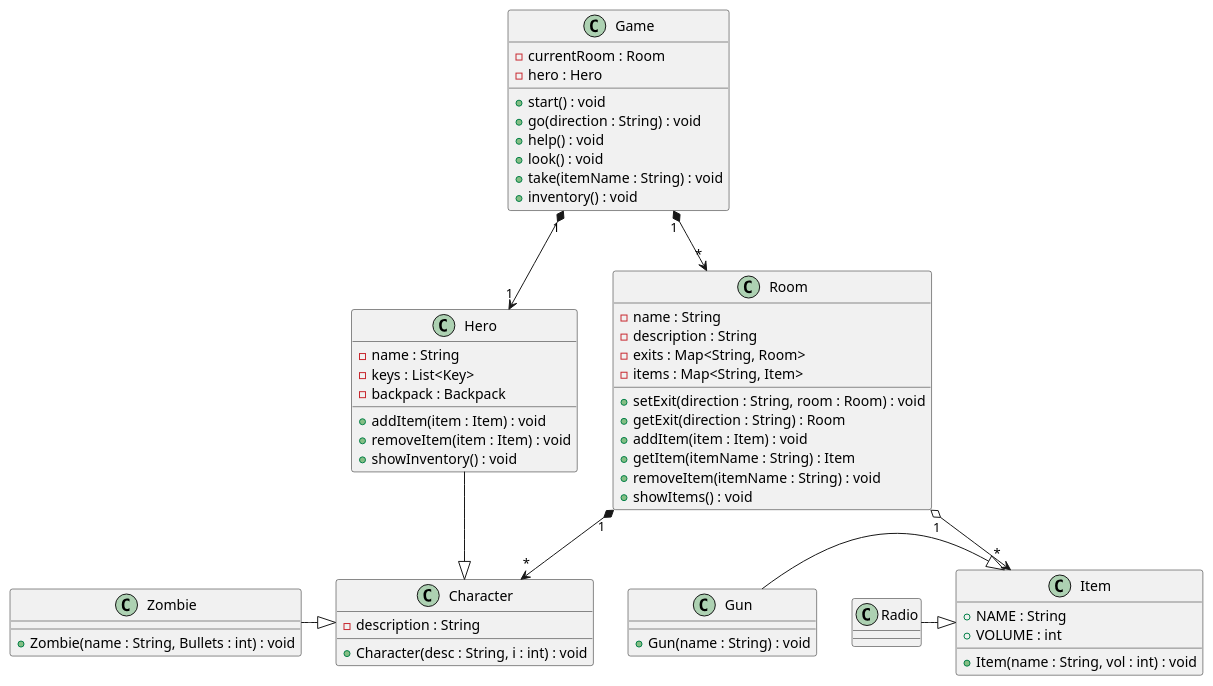
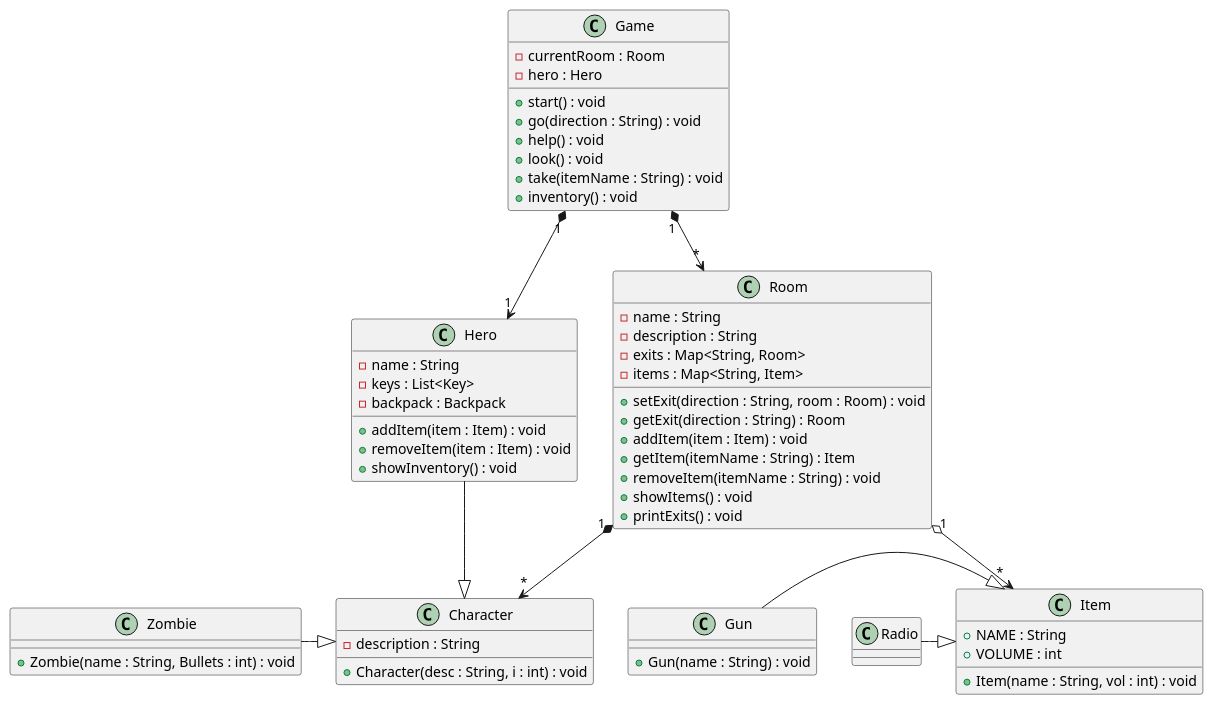
One commit to thebattlecrw/OOP_Project changed the diagram in assets/diagram.wsd. Above: the diagram before and after it, drawn with PlantUML. The commit also changed 3 other files, not shown here.

```diff
--- a/assets/diagram.wsd
+++ b/assets/diagram.wsd
@@ -1,64 +1,65 @@
 @startuml Lifeless
 
 class Game {
   - currentRoom : Room
   - hero : Hero
   + start() : void
   + go(direction : String) : void
   + help() : void
   + look() : void
   + take(itemName : String) : void
   + inventory() : void
 }
 
 class Hero {
   - name : String
   - keys : List<Key>
   - backpack : Backpack
   + addItem(item : Item) : void
   + removeItem(item : Item) : void
   + showInventory() : void
 }
 
 class Room {
   - name : String
   - description : String
   - exits : Map<String, Room>
   - items : Map<String, Item>
   + setExit(direction : String, room : Room) : void
   + getExit(direction : String) : Room
   + addItem(item : Item) : void
   + getItem(itemName : String) : Item
   + removeItem(itemName : String) : void
   + showItems() : void
+  + printExits() : void
 }
 
 class Item {
   + NAME : String
   + VOLUME : int
   + Item(name : String, vol : int) : void
 }
 
 class Gun {
   + Gun(name : String) : void
 }
 
 class Character {
   - description : String
   + Character(desc : String, i : int) : void
 }
 
 class Zombie {
   + Zombie(name : String, Bullets : int) : void
 }
 
 Game "1" *--> "1" Hero 
 Game "1" *--> "*" Room 
 Room "1" o--> "*" Item 
 Room "1" *--> "*" Character
 Zombie -|> Character 
 Gun -|> Item 
 Hero -|> Character 
 Radio -|> Item
 
 @enduml
```
